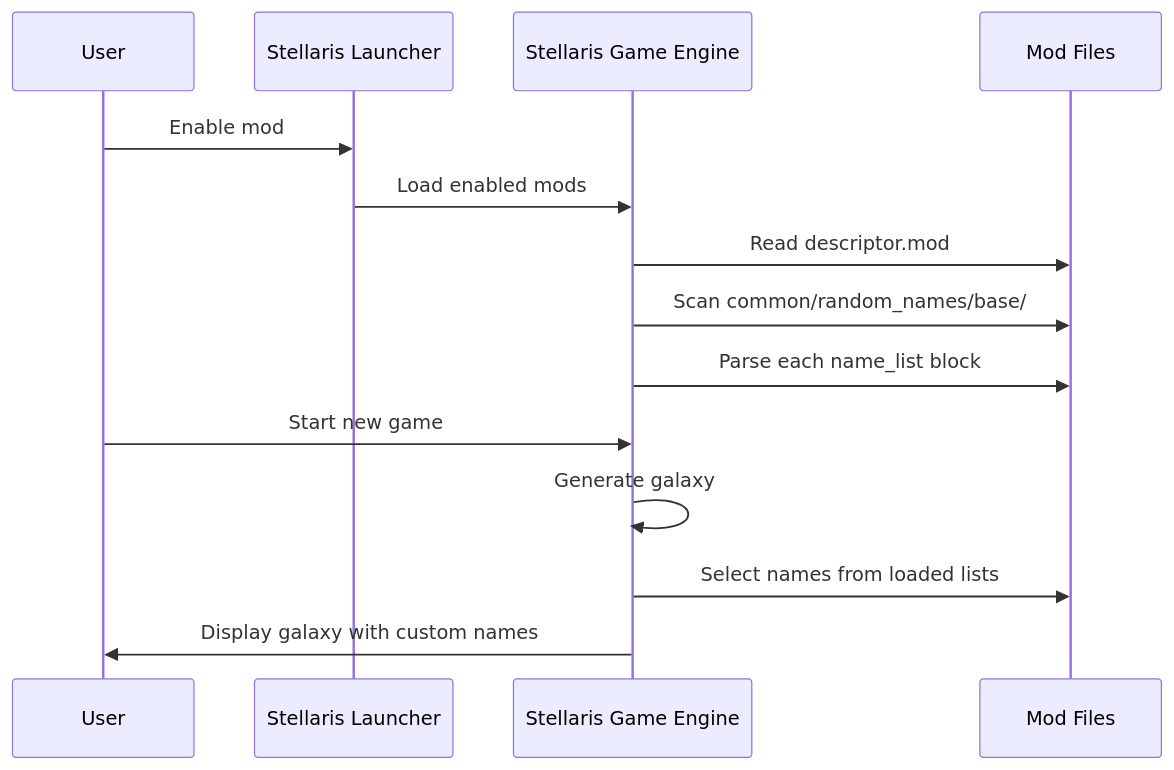
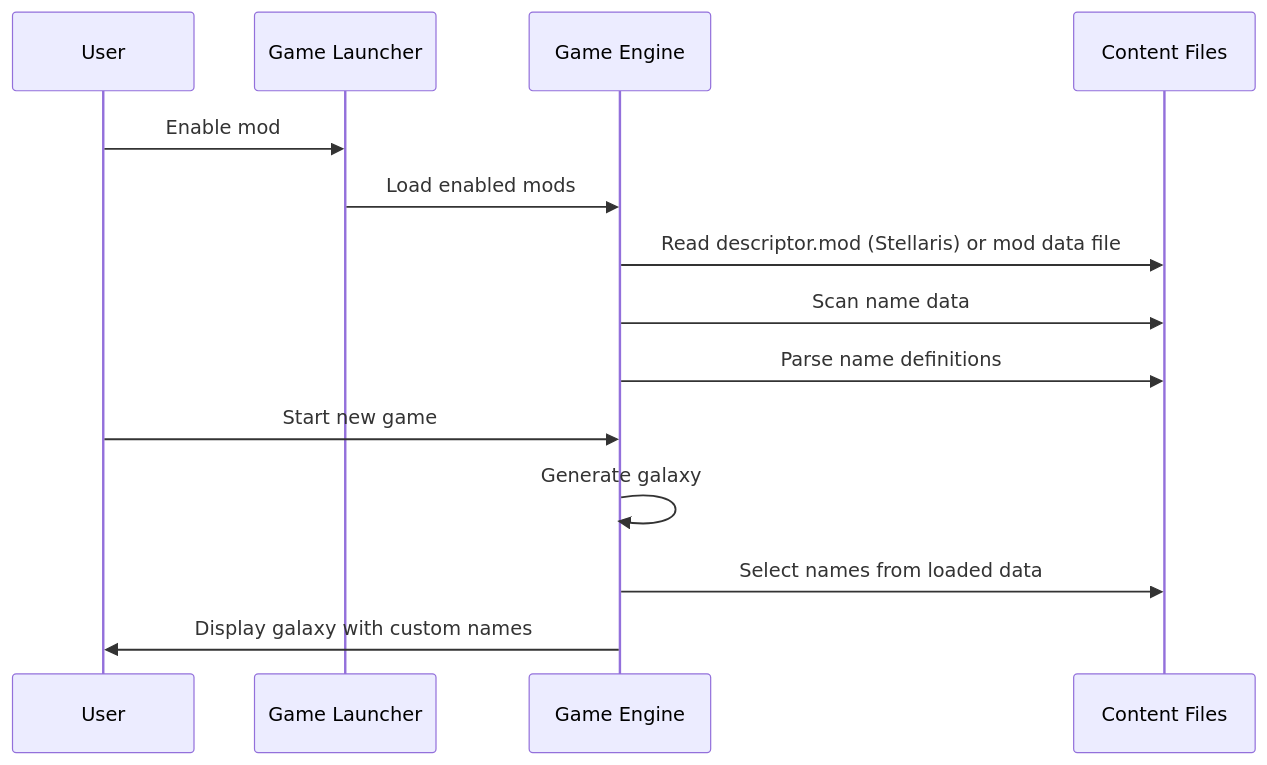
The third of 5 diagrams in ARCHITECTURE.md (hmlendea/stellaris-ui-star-names), drawn with Mermaid before and after one commit. The commit also changed other lines of this file and 14 other files, not shown here.

````diff
--- a/ARCHITECTURE.md
+++ b/ARCHITECTURE.md
@@ -87,17 +89,17 @@
 ```mermaid
 sequenceDiagram
     participant User
-    participant Launcher as Stellaris Launcher
-    participant Engine as Stellaris Game Engine
-    participant Mod as Mod Files
+    participant Launcher as Game Launcher
+    participant Engine as Game Engine
+    participant Data as Content Files
 
     User->>Launcher: Enable mod
     Launcher->>Engine: Load enabled mods
-    Engine->>Mod: Read descriptor.mod
-    Engine->>Mod: Scan common/random_names/base/
-    Engine->>Mod: Parse each name_list block
+    Engine->>Data: Read descriptor.mod (Stellaris) or mod data file
+    Engine->>Data: Scan name data
+    Engine->>Data: Parse name definitions
     User->>Engine: Start new game
     Engine->>Engine: Generate galaxy
-    Engine->>Mod: Select names from loaded lists
+    Engine->>Data: Select names from loaded data
     Engine->>User: Display galaxy with custom names
 ```
````
